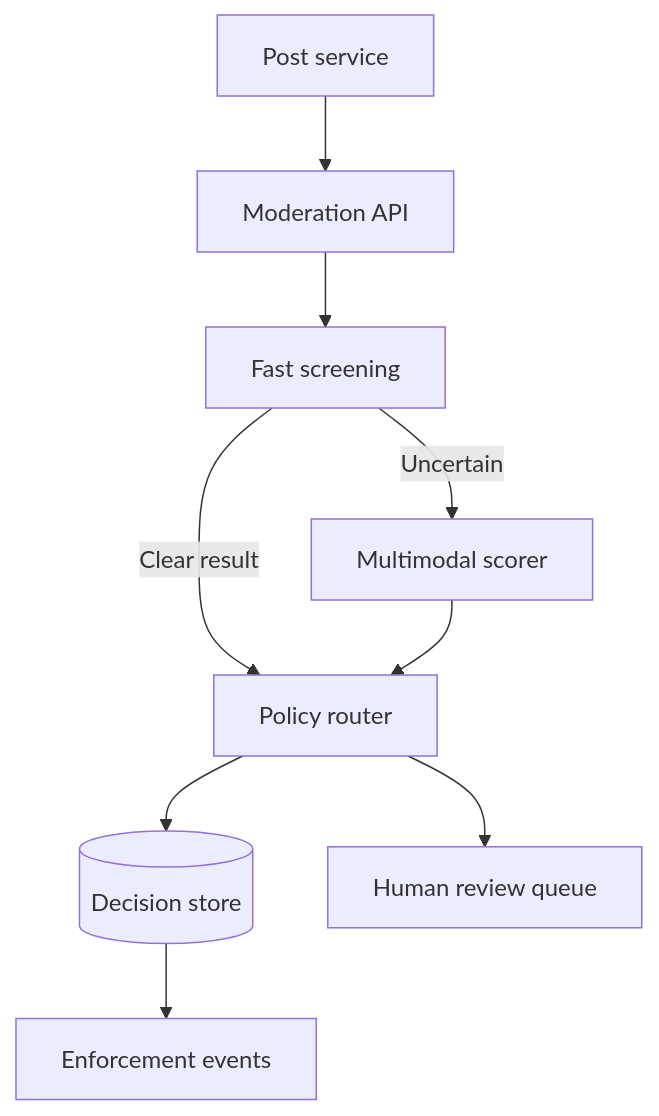
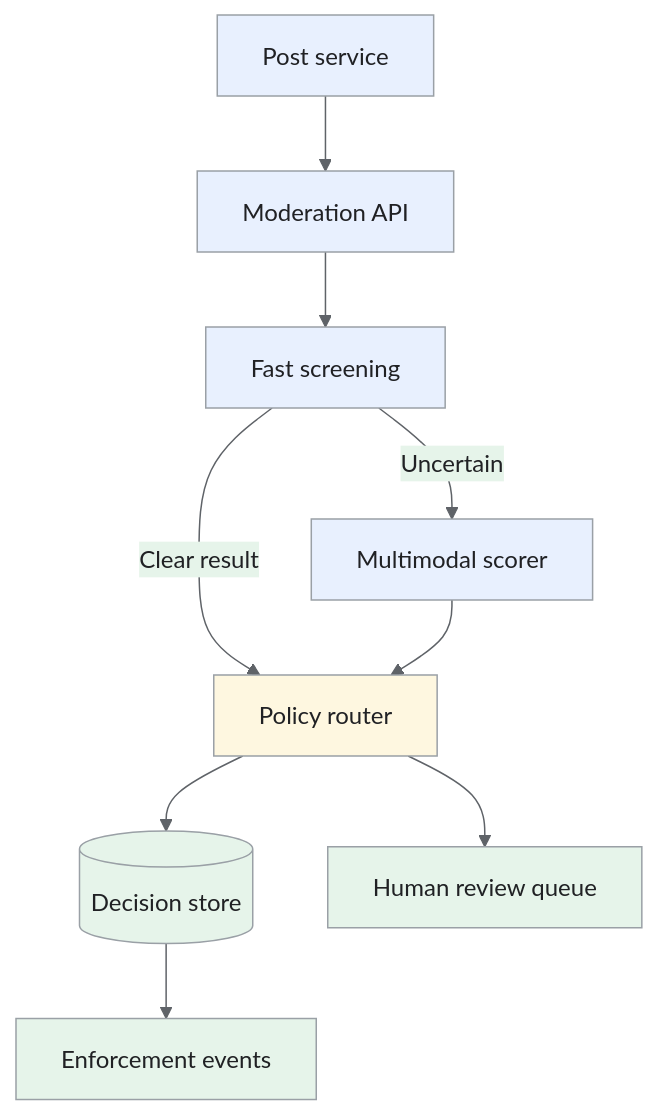
One commit to iliazlobin/iliazlobin.github.io changed the first of 3 diagrams in _designs/harmful-content-detection.md. Above: the diagram before and after it, drawn with Mermaid. The commit also changed other lines of this file and 25 other files, not shown here.

Commit message:
docs: explain Batch B design flows and tradeoffs

````diff
--- a/_designs/harmful-content-detection.md
+++ b/_designs/harmful-content-detection.md
@@ -133,11 +149,19 @@
 ```mermaid
+%%{init: {'theme':'base','themeVariables':{'primaryColor':'#e8f0fe','primaryTextColor':'#202124','primaryBorderColor':'#9aa0a6','lineColor':'#5f6368','secondaryColor':'#e6f4ea','tertiaryColor':'#fef7e0','actorBkg':'#e8f0fe','actorBorder':'#9aa0a6','actorTextColor':'#202124','noteBkgColor':'#fef7e0','noteTextColor':'#202124','noteBorderColor':'#9aa0a6','signalColor':'#5f6368','signalTextColor':'#202124','labelBoxBkgColor':'#fef7e0','labelBoxBorderColor':'#9aa0a6'}}}%%
 flowchart TB
     P["Post service"] --> API["Moderation API"]
     API --> SCREEN["Fast screening"]
     SCREEN -->|"Uncertain"| MODEL["Multimodal scorer"]
     SCREEN -->|"Clear result"| POLICY["Policy router"]
     MODEL --> POLICY
     POLICY --> D[("Decision store")]
     POLICY --> REVIEW["Human review queue"]
     D --> EVENTS["Enforcement events"]
+classDef request fill:#e8f0fe,stroke:#9aa0a6,color:#202124;
+classDef data fill:#e6f4ea,stroke:#9aa0a6,color:#202124;
+classDef control fill:#fef7e0,stroke:#9aa0a6,color:#202124;
+class P,API,SCREEN,MODEL request;
+class D,REVIEW,EVENTS data;
+class POLICY control;
+
 ```
````
